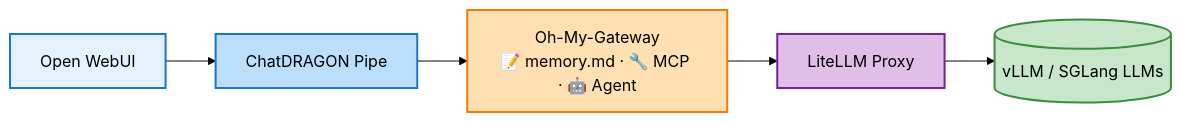
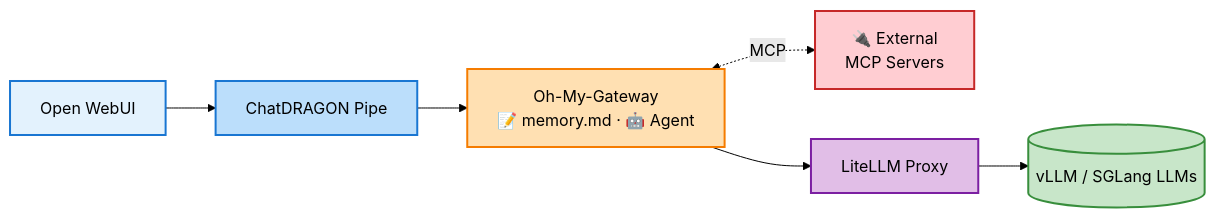
One commit to Kyutinium/open-webui changed the fifth of 5 diagrams in docs/pipeline-architecture.md. Above: the diagram before and after it, drawn with Mermaid (forest theme). The commit also changed other lines of this file, not shown here.

Commit message:
docs: move MCP outside gateway in mermaid sources, embed rendered SVG

````diff
--- a/docs/pipeline-architecture.md
+++ b/docs/pipeline-architecture.md
@@ -242,13 +271,15 @@
 ```mermaid
 flowchart LR
     A[Open WebUI] --> B[ChatDRAGON Pipe]
-    B --> C["Oh-My-Gateway<br/>📝 memory.md · 🔧 MCP · 🤖 Agent"]
+    B --> C["Oh-My-Gateway<br/>📝 memory.md · 🤖 Agent"]
+    C <-. MCP .-> X["🔌 External<br/>MCP Servers"]
     C --> D[LiteLLM Proxy]
     D --> E[(vLLM / SGLang LLMs)]
 
     style A fill:#E3F2FD,stroke:#1976D2,stroke-width:2px
     style B fill:#BBDEFB,stroke:#1976D2,stroke-width:2px
     style C fill:#FFE0B2,stroke:#F57C00,stroke-width:2px
+    style X fill:#FFCDD2,stroke:#C62828,stroke-width:2px
     style D fill:#E1BEE7,stroke:#7B1FA2,stroke-width:2px
     style E fill:#C8E6C9,stroke:#388E3C,stroke-width:2px
 ```
````
